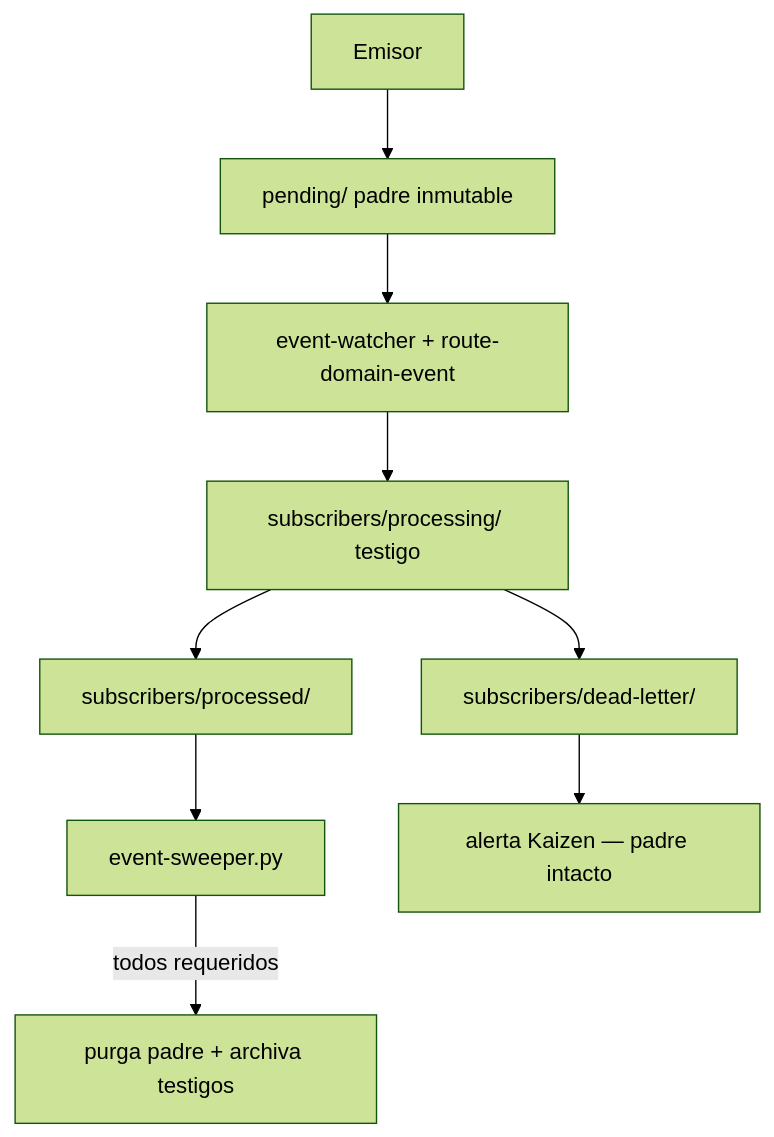
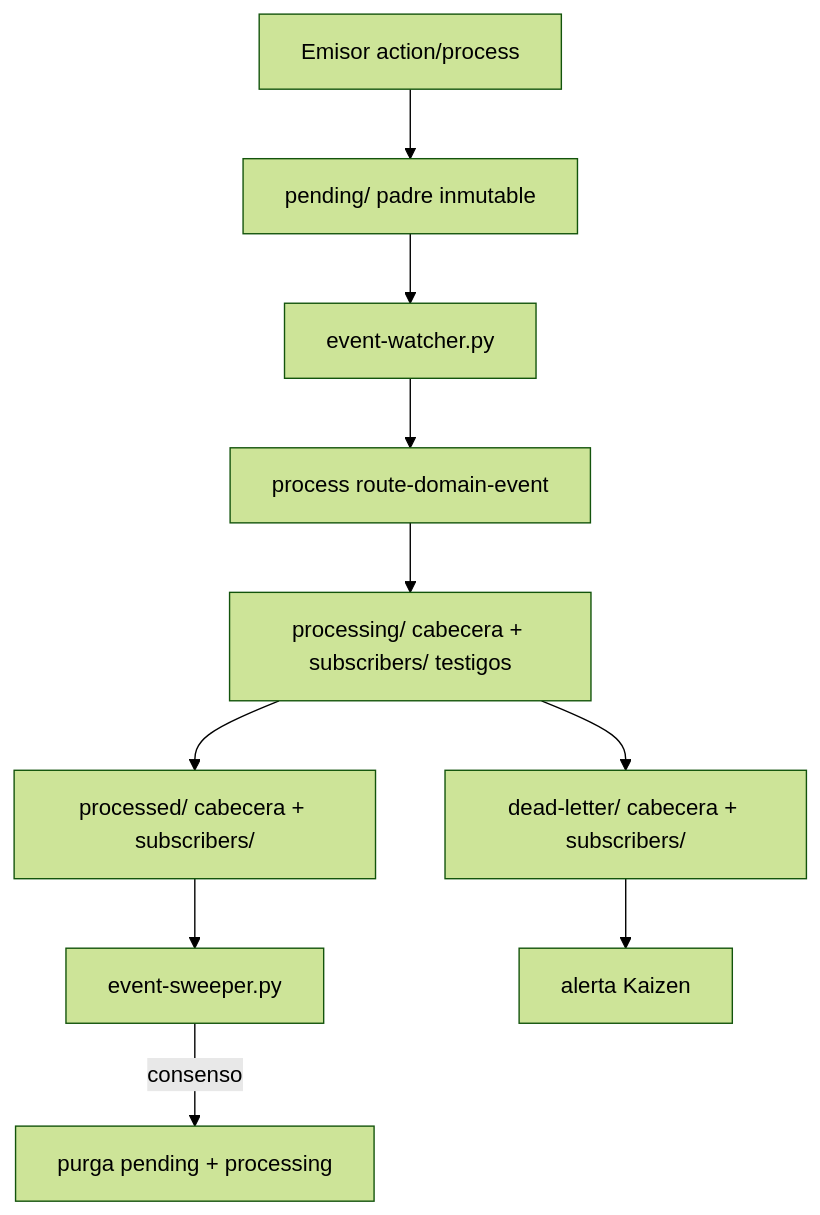
One commit to racso80es/SddIA changed the diagram in SddIA/events/events-contract.md. Above: the diagram before and after it, drawn with Mermaid (forest theme). The commit also changed other lines of this file and 18 other files, not shown here.

First line of the commit message:
refactor(eda): retirar accion route-domain-event y documentar bus V3+ (#27)

````diff
--- a/SddIA/events/events-contract.md
+++ b/SddIA/events/events-contract.md
@@ -76,11 +76,12 @@
 ```mermaid
 flowchart TB
-  EM[Emisor] --> P["pending/ padre inmutable"]
-  P --> W[event-watcher + route-domain-event]
-  W --> SP["subscribers/processing/ testigo"]
-  SP --> OK["subscribers/processed/"]
-  SP --> DL["subscribers/dead-letter/"]
+  EM[Emisor action/process] --> P["pending/ padre inmutable"]
+  P --> W[event-watcher.py]
+  W --> RDE[process route-domain-event]
+  RDE --> PH["processing/ cabecera + subscribers/ testigos"]
+  PH --> OK["processed/ cabecera + subscribers/"]
+  PH --> DL["dead-letter/ cabecera + subscribers/"]
   OK --> SW[event-sweeper.py]
-  SW -->|todos requeridos| PURGE[purga padre + archiva testigos]
-  DL --> KZ[alerta Kaizen — padre intacto]
+  SW -->|consenso| PURGE[purga pending + processing]
+  DL --> KZ[alerta Kaizen]
 ```
````
